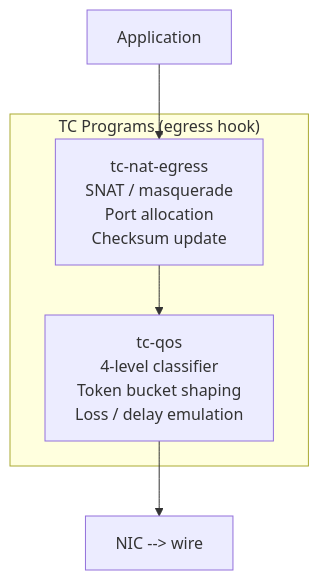
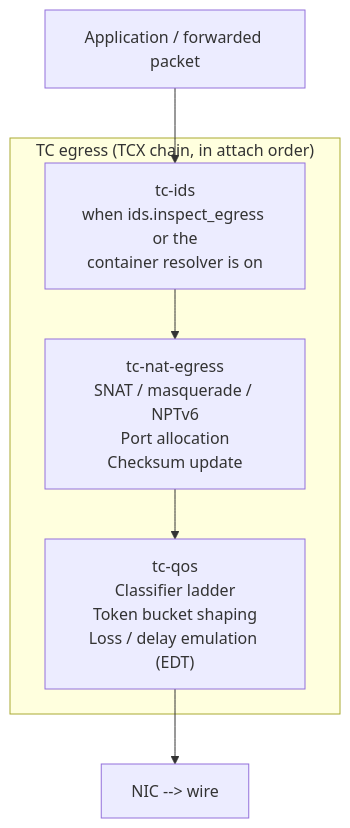
One commit to ebpfsentinel/ebpfsentinel-docs changed the second of 3 diagrams in docs/kernel/pipeline.md. Above: the diagram before and after it, drawn with Mermaid. The commit also changed other lines of this file and 2 other files, not shown here.

````diff
--- a/docs/kernel/pipeline.md
+++ b/docs/kernel/pipeline.md
@@ -49,14 +59,15 @@
 ```mermaid
 flowchart TD
-    APP["Application"]
-    APP --> NAT_EG
+    APP["Application / forwarded packet"]
 
-    subgraph TC_EG["TC Programs (egress hook)"]
-        NAT_EG["tc-nat-egress\nSNAT / masquerade\nPort allocation\nChecksum update"]
-        QOS["tc-qos\n4-level classifier\nToken bucket shaping\nLoss / delay emulation"]
-        NAT_EG --> QOS
+    subgraph TC_EG["TC egress (TCX chain, in attach order)"]
+        IDS_EG["tc-ids\nwhen ids.inspect_egress or the\ncontainer resolver is on"]
+        NAT_EG["tc-nat-egress\nSNAT / masquerade / NPTv6\nPort allocation\nChecksum update"]
+        QOS["tc-qos\nClassifier ladder\nToken bucket shaping\nLoss / delay emulation (EDT)"]
+        IDS_EG --> NAT_EG --> QOS
     end
 
     WIRE["NIC --> wire"]
+    APP --> IDS_EG
     QOS --> WIRE
 ```
````
